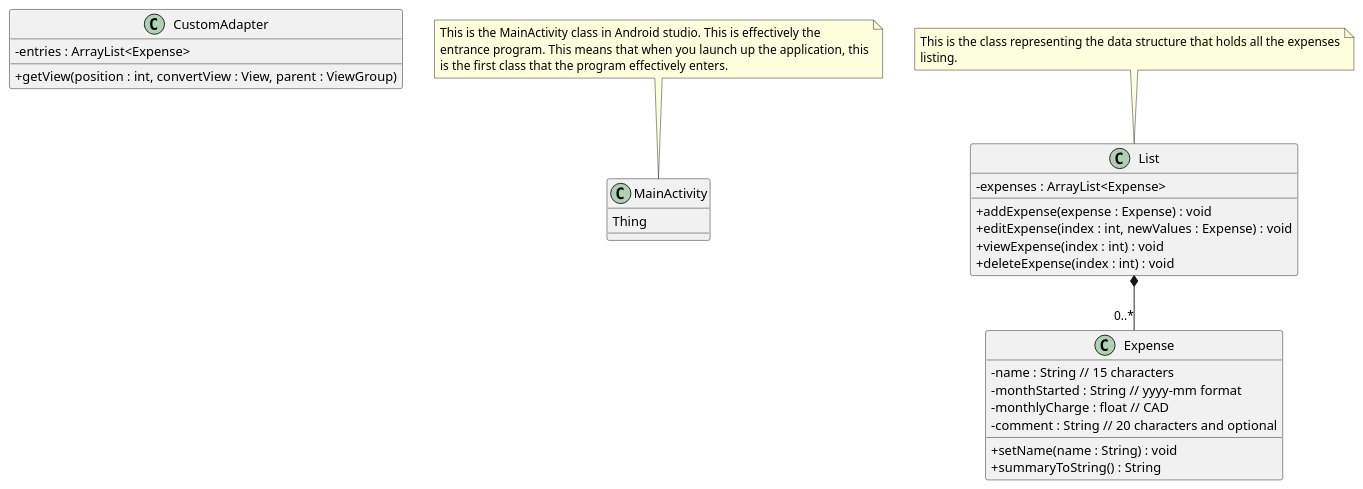
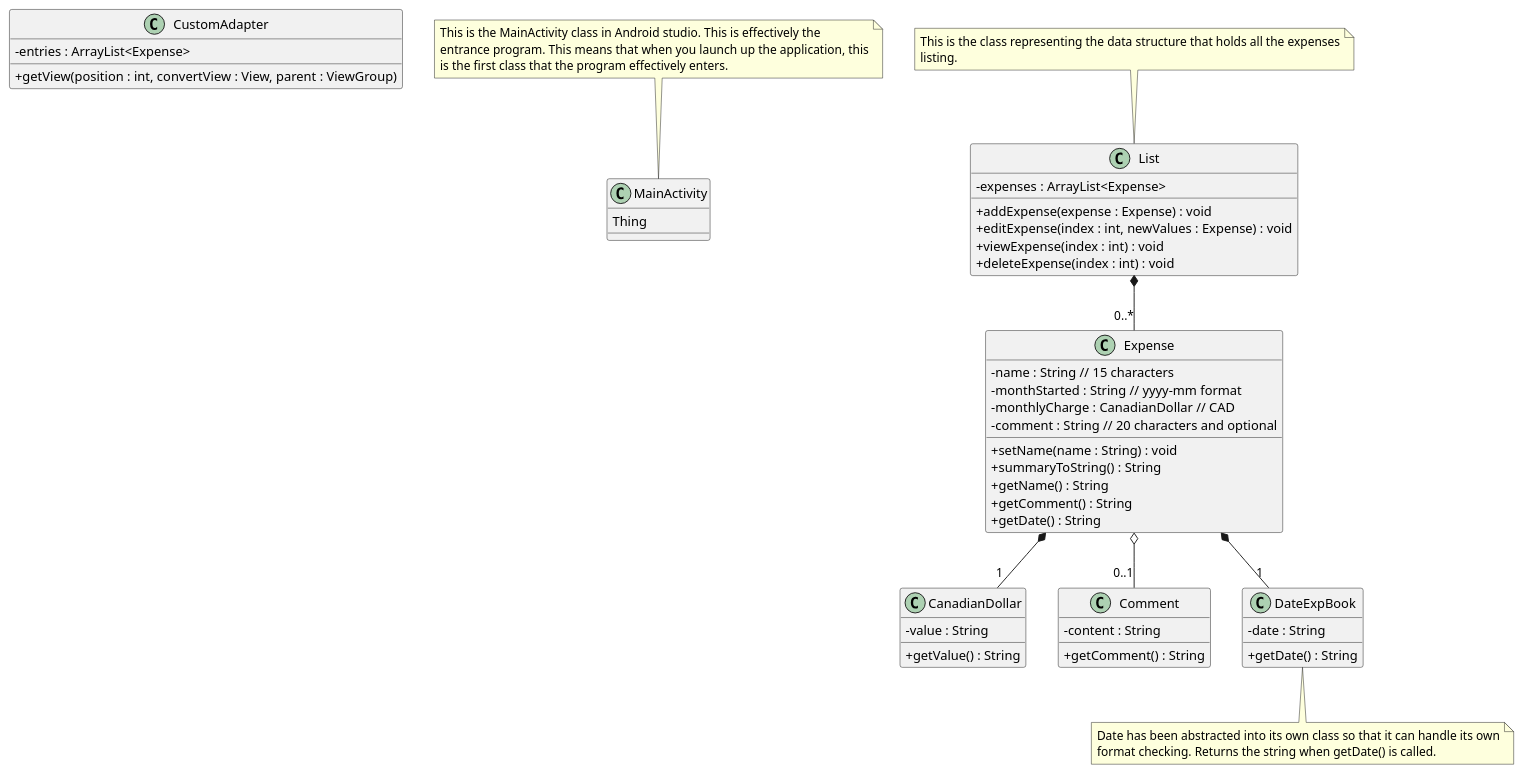
The diagram in doc/uml/assign1UML/assign1UML.puml (waridh/expense_book), drawn with PlantUML before and after one commit. The commit also changed 1 other file, not shown here.

Commit message:
updated the uml diagram

```diff
--- a/doc/uml/assign1UML/assign1UML.puml
+++ b/doc/uml/assign1UML/assign1UML.puml
@@ -1,41 +1,67 @@
 @startuml
   skinparam classAttributeIconSize 0
 class CustomAdapter{
   - entries : ArrayList<Expense>
   + getView(position : int, convertView : View, parent : ViewGroup)
 }
 
 class MainActivity {
   Thing
 }
 Class Expense {
   - name : String // 15 characters
   - monthStarted : String // yyyy-mm format
-  - monthlyCharge : float // CAD
+  - monthlyCharge : CanadianDollar // CAD
   - comment : String // 20 characters and optional
 
   +setName(name : String) : void
   +summaryToString() : String
+  +getName() : String
+  +getComment() : String
+  +getDate() : String
+}
+
+class CanadianDollar {
+  -value : String
+  +getValue() : String
+}
+
+class Comment {
+  -content : String
+  +getComment() : String
+}
+
+class DateExpBook {
+  -date : String
+  +getDate() : String
 }
 
 Class List {
   -expenses : ArrayList<Expense>
   +addExpense(expense : Expense) : void
   +editExpense(index : int, newValues : Expense) : void
   +viewExpense(index : int) : void
   +deleteExpense(index : int) : void
 }
 
 note top of List
   This is the class representing the data structure that holds all the expenses
   listing.
 end note
 
 note top of MainActivity
   This is the MainActivity class in Android studio. This is effectively the
   entrance program. This means that when you launch up the application, this
   is the first class that the program effectively enters.
 end note
 
 List *-- "0..*" Expense
+Expense *-- "1" CanadianDollar
+Expense o-- "0..1" Comment
+Expense *-- "1" DateExpBook
+
+note bottom of DateExpBook
+  Date has been abstracted into its own class so that it can handle its own
+  format checking. Returns the string when getDate() is called.
+end note
 @enduml
```
